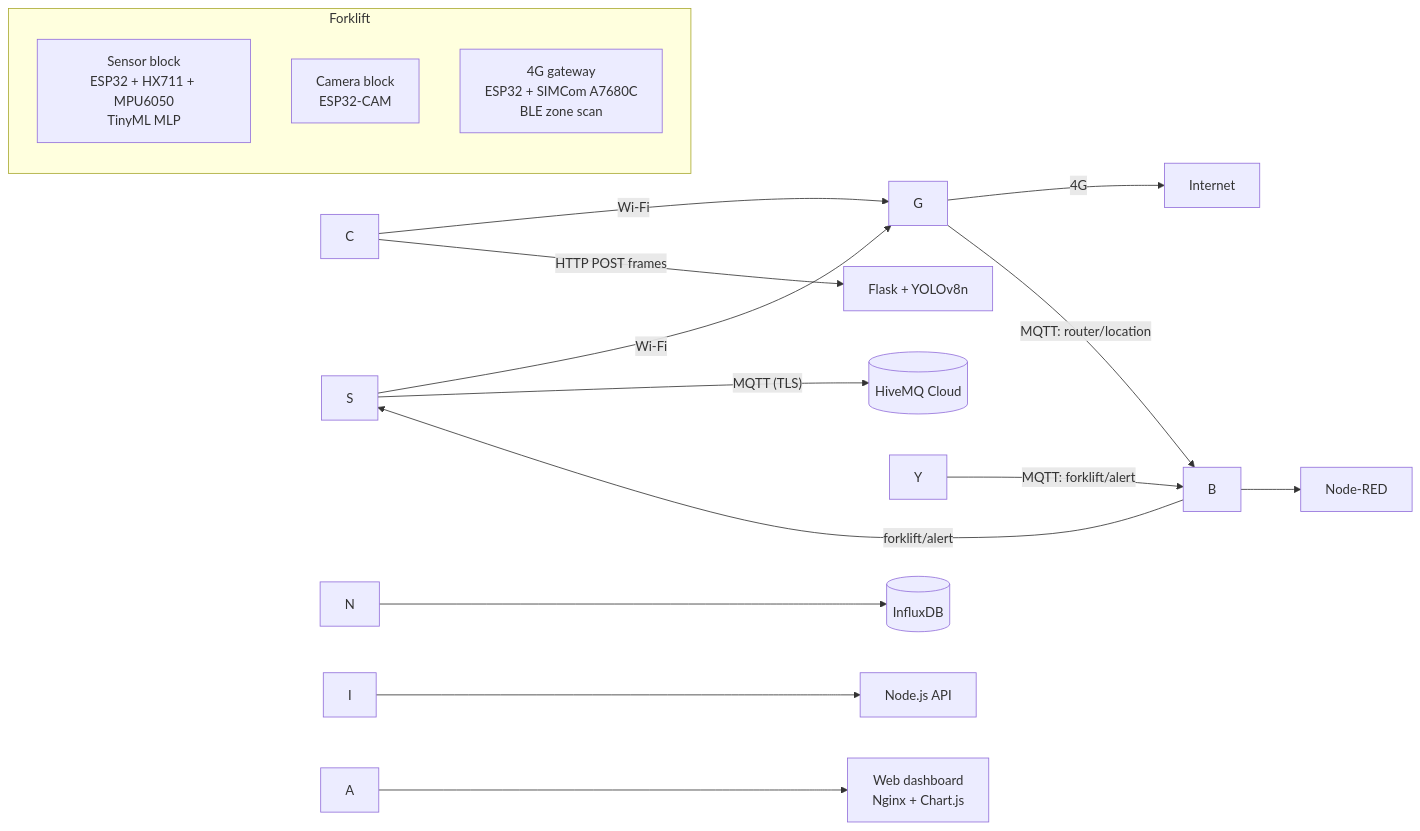
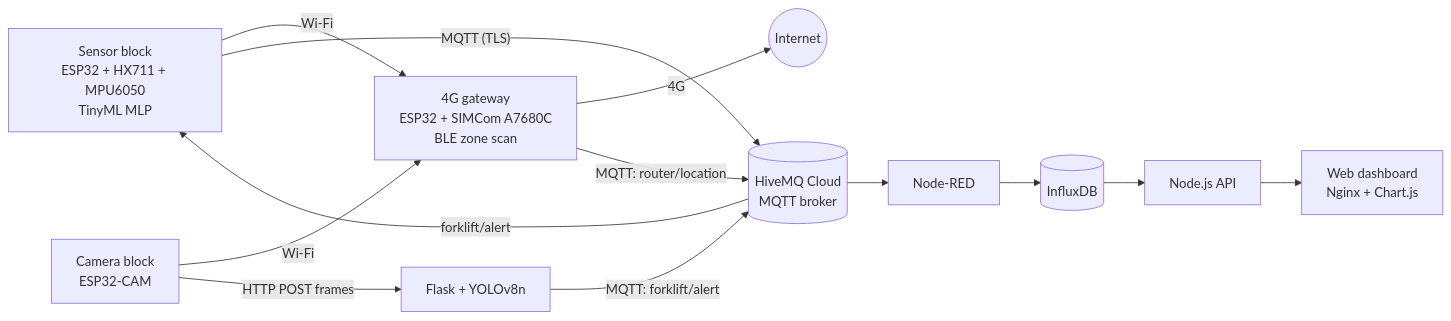
The diagram in README.md (minh2152004/forklift-iot-safety-monitoring), drawn with Mermaid before and after one commit. The commit also changed other lines of this file, not shown here.

Commit message:
Fix architecture diagram

````diff
--- a/README.md
+++ b/README.md
@@ -15,20 +15,26 @@
 ```mermaid
 flowchart LR
-  subgraph Forklift
-    S\["Sensor block<br/>ESP32 + HX711 + MPU6050<br/>TinyML MLP"]
-    C\["Camera block<br/>ESP32-CAM"]
-    G\["4G gateway<br/>ESP32 + SIMCom A7680C<br/>BLE zone scan"]
-  end
-  S -- Wi-Fi --> G
-  C -- Wi-Fi --> G
-  G -- 4G --> Internet
-  S -- "MQTT (TLS)" --> B\[(HiveMQ Cloud)]
-  G -- "MQTT: router/location" --> B
-  C -- "HTTP POST frames" --> Y\["Flask + YOLOv8n"]
-  Y -- "MQTT: forklift/alert" --> B
-  B --> N\[Node-RED]
-  N --> I\[(InfluxDB)]
-  I --> A\[Node.js API]
-  A --> W\[Web dashboard<br/>Nginx + Chart.js]
-  B -- "forklift/alert" --> S
+  sensor["Sensor block<br/>ESP32 + HX711 + MPU6050<br/>TinyML MLP"]
+  camera["Camera block<br/>ESP32-CAM"]
+  gateway["4G gateway<br/>ESP32 + SIMCom A7680C<br/>BLE zone scan"]
+  internet(("Internet"))
+  broker[("HiveMQ Cloud<br/>MQTT broker")]
+  yolo["Flask + YOLOv8n"]
+  nodered["Node-RED"]
+  influx[("InfluxDB")]
+  api["Node.js API"]
+  web["Web dashboard<br/>Nginx + Chart.js"]
+
+  sensor -->|Wi-Fi| gateway
+  camera -->|Wi-Fi| gateway
+  gateway -->|4G| internet
+  sensor -->|"MQTT (TLS)"| broker
+  gateway -->|"MQTT: router/location"| broker
+  camera -->|"HTTP POST frames"| yolo
+  yolo -->|"MQTT: forklift/alert"| broker
+  broker -->|"forklift/alert"| sensor
+  broker --> nodered
+  nodered --> influx
+  influx --> api
+  api --> web
 ```
````
